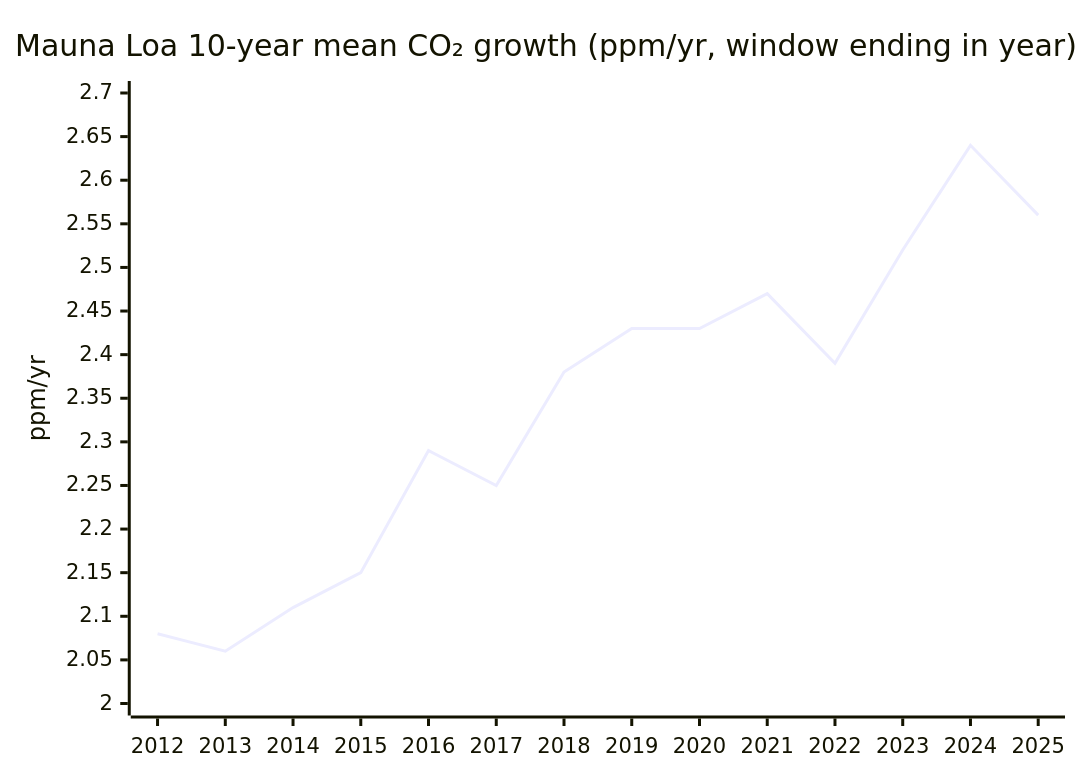
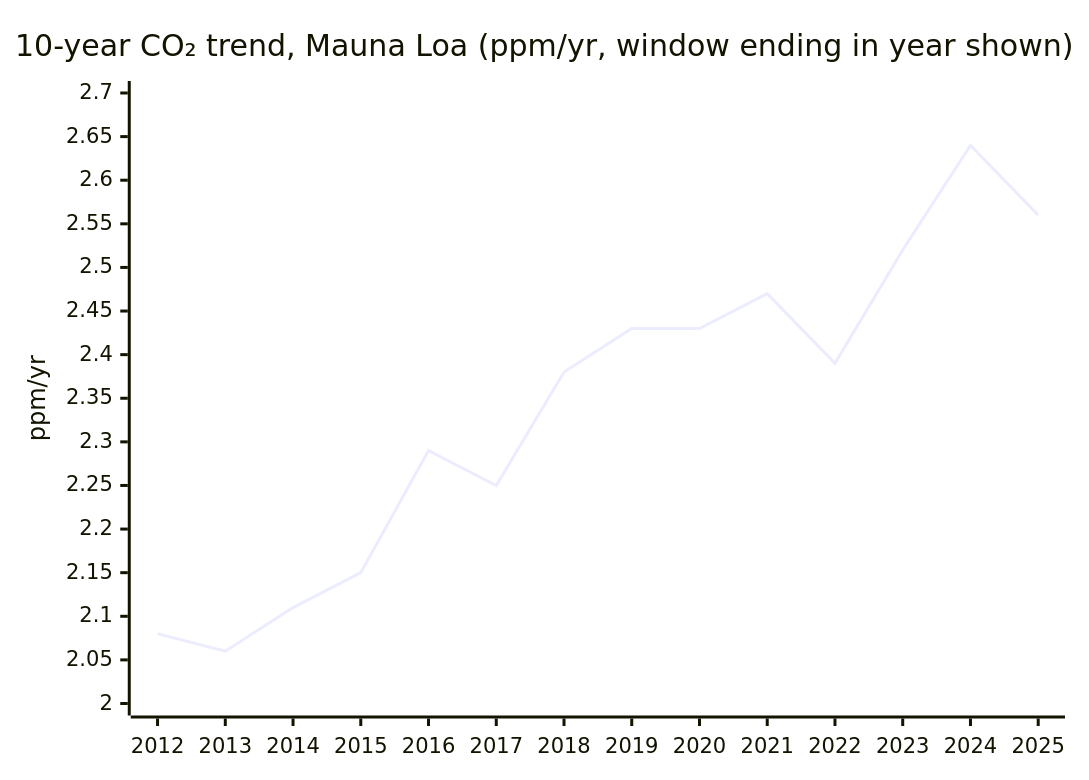
Before and after one commit to pasky/grand-endeavors: the second of 2 diagrams in pilot-26H1/climate.md, drawn with Mermaid. The commit also changed other lines of this file, not shown here.

````diff
--- a/pilot-26H1/climate.md
+++ b/pilot-26H1/climate.md
@@ -74,8 +81,8 @@
 ```mermaid
 xychart-beta
     %% kpi: climate co2-trend-10yr-mlo-jan-dec --since 2012 --label year
-    title "Mauna Loa 10-year mean CO₂ growth (ppm/yr, window ending in year)"
+    title "10-year CO₂ trend, Mauna Loa (ppm/yr, window ending in year shown)"
     x-axis [2012, 2013, 2014, 2015, 2016, 2017, 2018, 2019, 2020, 2021, 2022, 2023, 2024, 2025]
     y-axis "ppm/yr" 2.0 --> 2.7
     line [2.08, 2.06, 2.11, 2.15, 2.29, 2.25, 2.38, 2.43, 2.43, 2.47, 2.39, 2.52, 2.64, 2.56]
 ```
````
